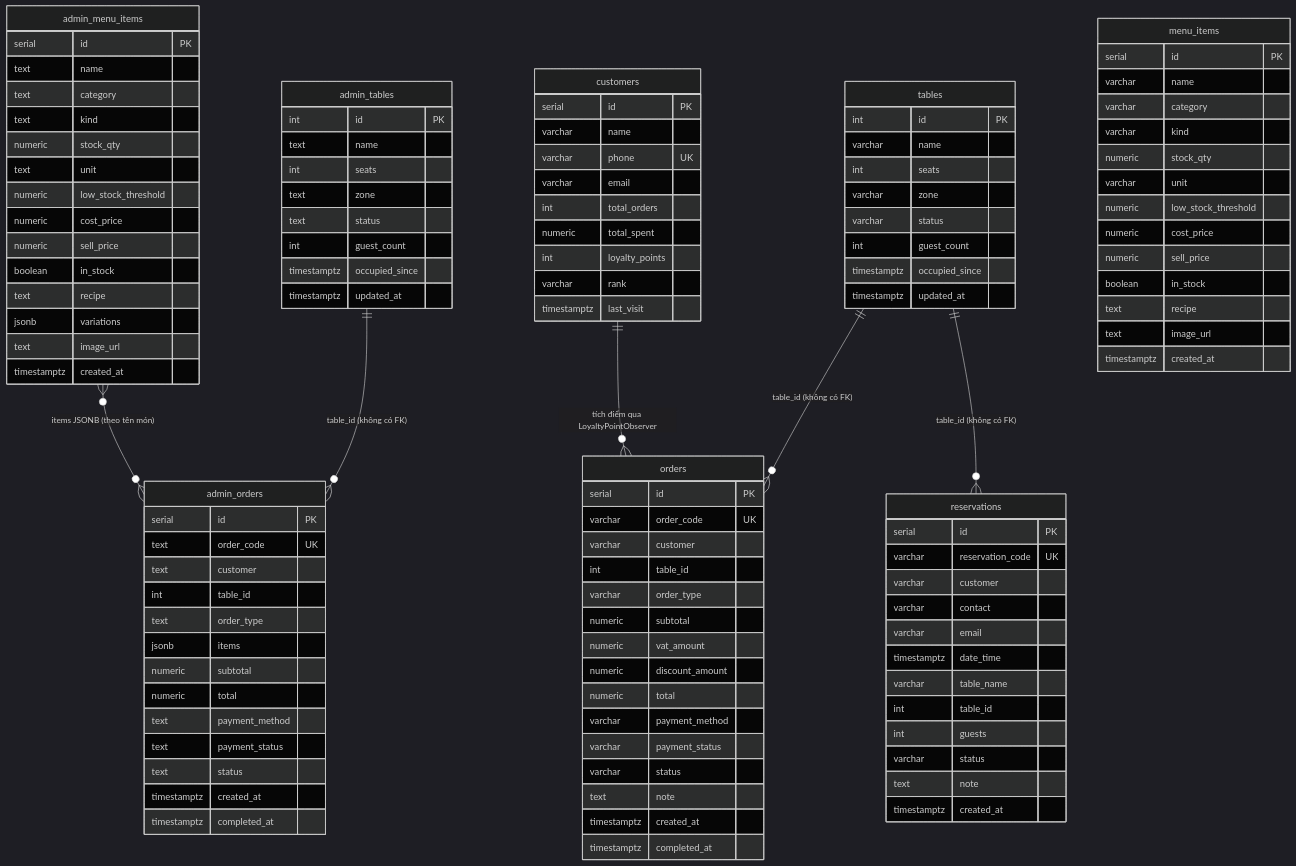
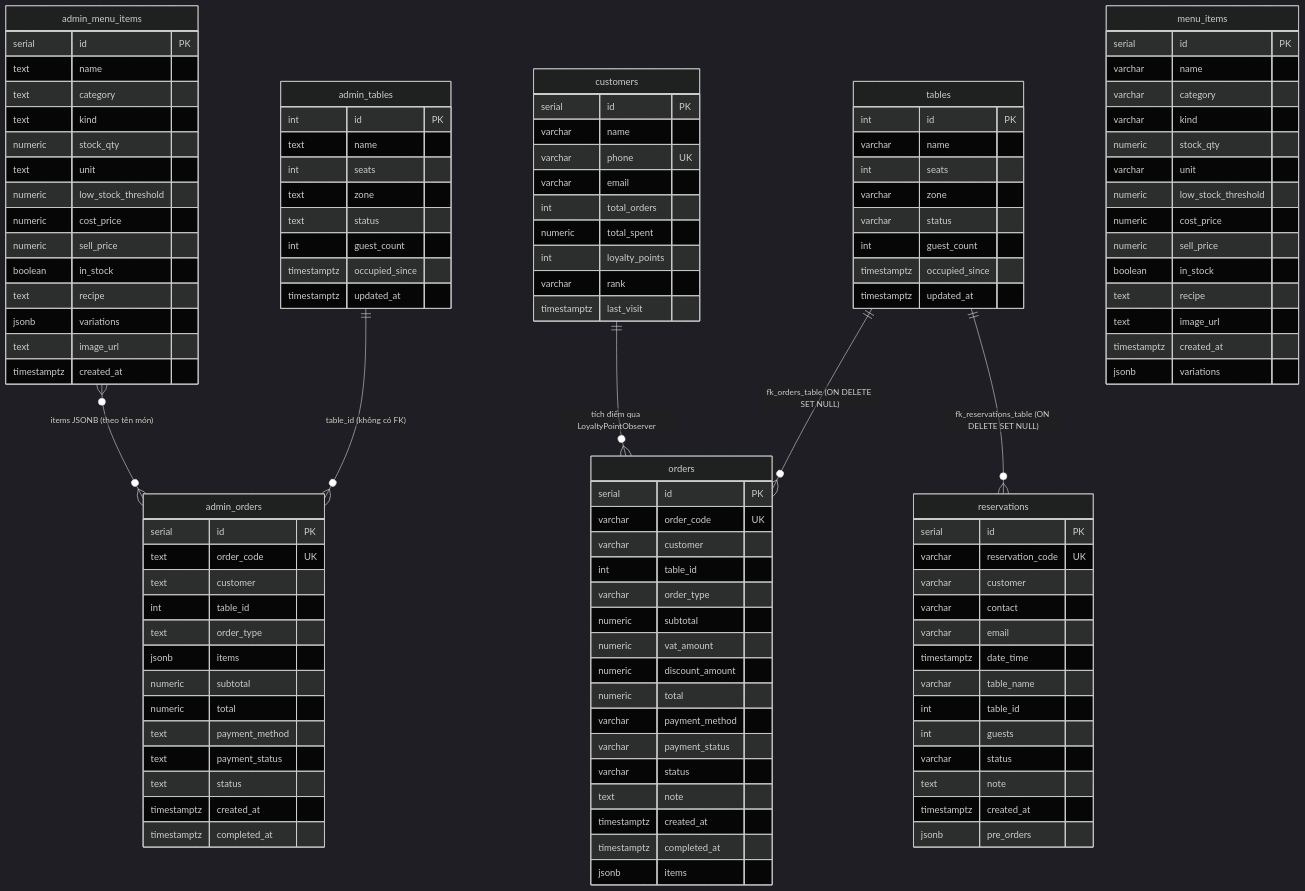
One commit to HubertPhung/WebQuanLyQuanCafe-DesignPatterns changed the diagram in docs/DATABASE.md. Above: the diagram before and after it, drawn with Mermaid (dark theme). The commit also changed other lines of this file and 6 other files, not shown here.

```diff
--- a/docs/DATABASE.md
+++ b/docs/DATABASE.md
@@ -19,8 +19,8 @@
     admin_tables ||--o{ admin_orders : "table_id (không có FK)"
     admin_menu_items }o--o{ admin_orders : "items JSONB (theo tên món)"
 
-    tables ||--o{ orders : "table_id (không có FK)"
-    tables ||--o{ reservations : "table_id (không có FK)"
+    tables ||--o{ orders : "fk_orders_table (ON DELETE SET NULL)"
+    tables ||--o{ reservations : "fk_reservations_table (ON DELETE SET NULL)"
     customers ||--o{ orders : "tích điểm qua LoyaltyPointObserver"
 
     admin_tables {
@@ -88,6 +88,7 @@
         text recipe
         text image_url
         timestamptz created_at
+        jsonb variations
     }
     orders {
         serial id PK
@@ -105,6 +106,7 @@
         text note
         timestamptz created_at
         timestamptz completed_at
+        jsonb items
     }
     reservations {
         serial id PK
@@ -119,6 +121,7 @@
         varchar status
         text note
         timestamptz created_at
+        jsonb pre_orders
     }
     customers {
         serial id PK
```
